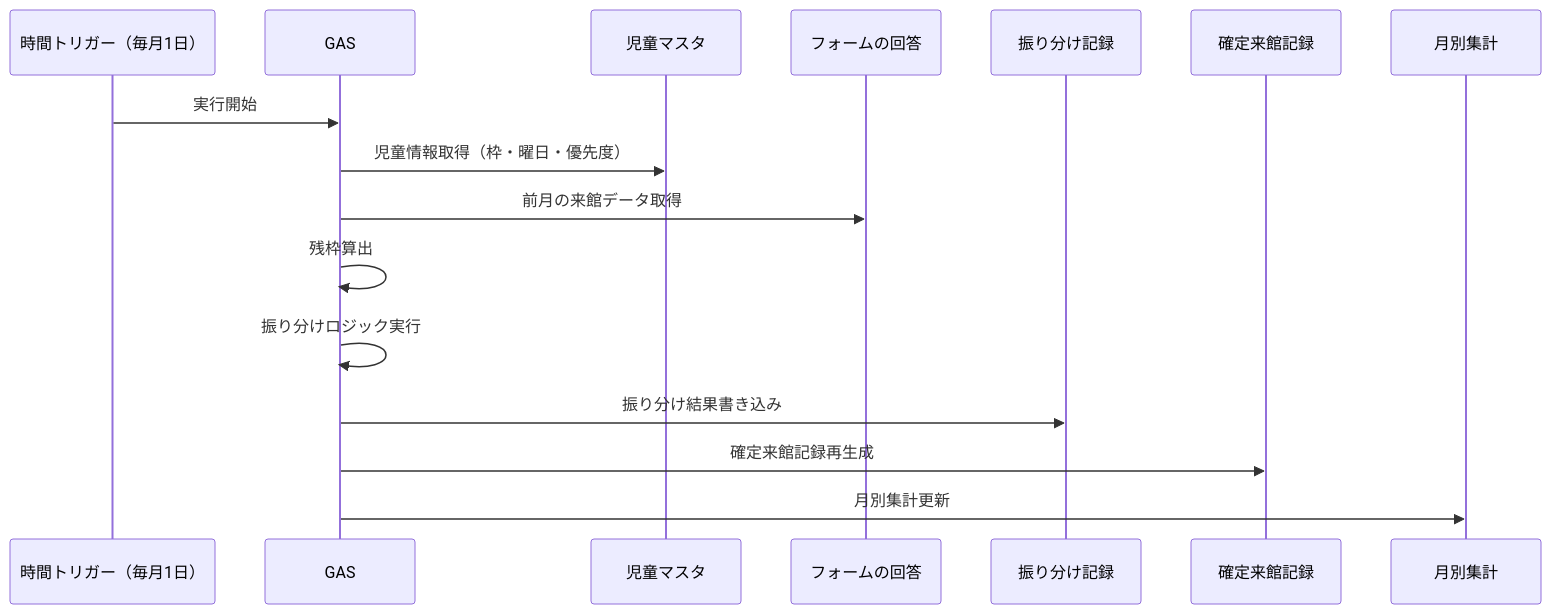
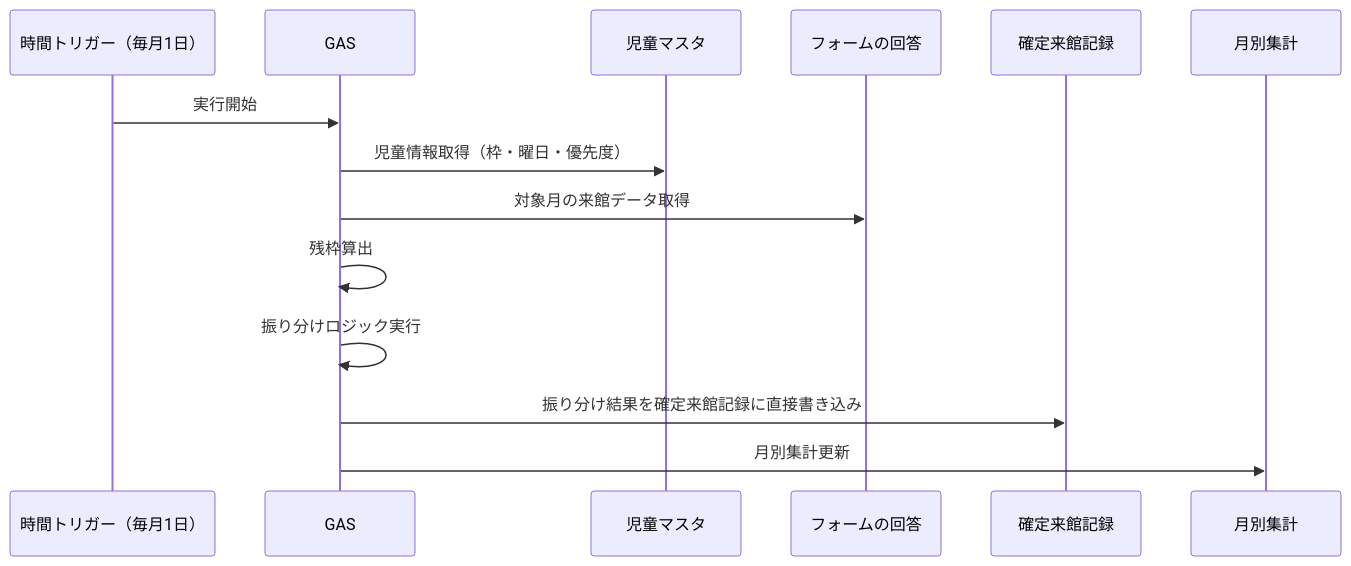
Before and after one commit to Tatetsu/oen-yorimado: the third of 4 diagrams in docs/architecture.md, drawn with Mermaid. The commit also changed other lines of this file and 6 other files, not shown here.

````diff
--- a/docs/architecture.md
+++ b/docs/architecture.md
@@ -61,19 +60,17 @@
 ```mermaid
 sequenceDiagram
     participant Trigger as 時間トリガー（毎月1日）
     participant GAS as GAS
     participant Master as 児童マスタ
     participant Form as フォームの回答
-    participant Alloc as 振り分け記録
     participant Confirmed as 確定来館記録
     participant Summary as 月別集計
 
     Trigger->>GAS: 実行開始
     GAS->>Master: 児童情報取得（枠・曜日・優先度）
-    GAS->>Form: 前月の来館データ取得
+    GAS->>Form: 対象月の来館データ取得
     GAS->>GAS: 残枠算出
     GAS->>GAS: 振り分けロジック実行
-    GAS->>Alloc: 振り分け結果書き込み
-    GAS->>Confirmed: 確定来館記録再生成
+    GAS->>Confirmed: 振り分け結果を確定来館記録に直接書き込み
     GAS->>Summary: 月別集計更新
 ```
````
